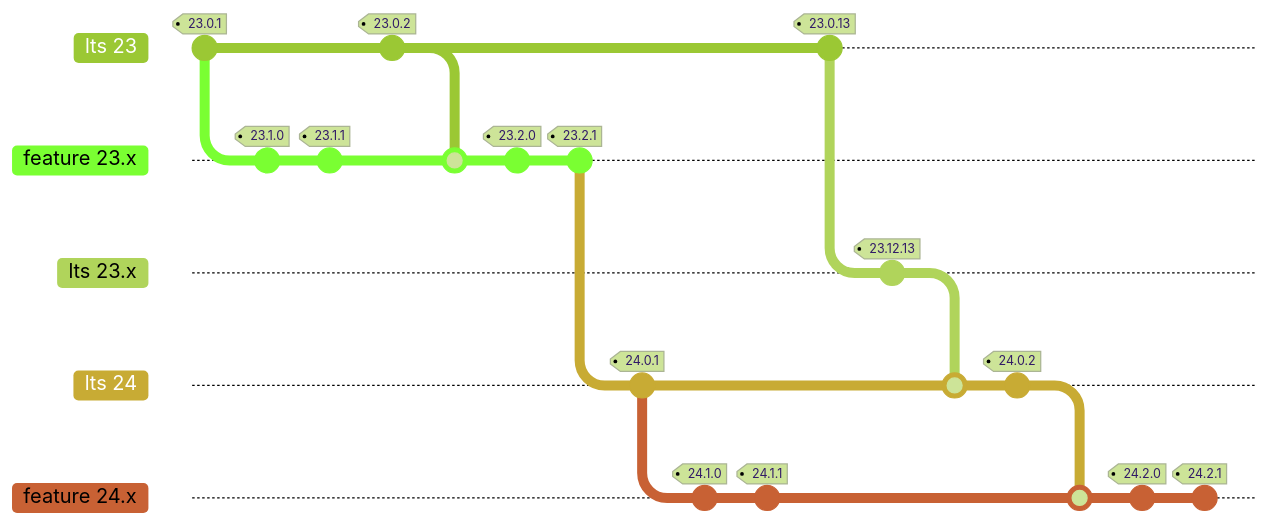
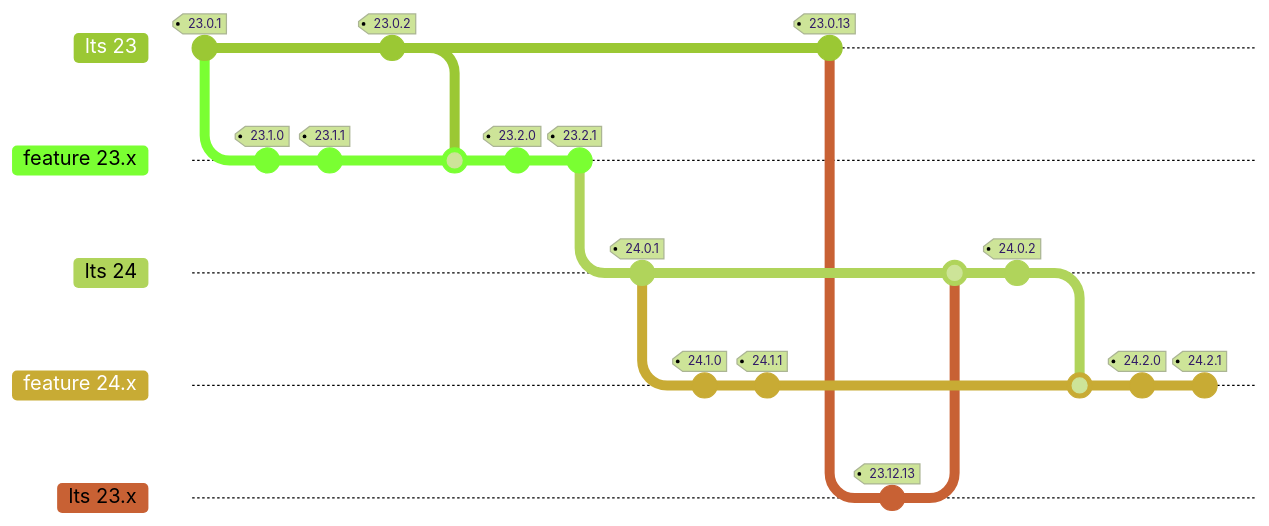
The diagram in docs/version-history/introduction-version-history.rst (htcondor/htcondor), drawn with Mermaid (forest theme) before and after one commit. Commit ids are hidden.

Commit message:
HTCONDOR-3328: Drop order clauses

```diff
--- a/docs/version-history/introduction-version-history.rst
+++ b/docs/version-history/introduction-version-history.rst
@@ -86,30 +86,30 @@
 .. mermaid::
 
    %%{init: { 'gitGraph': {'showCommitLabel': false, 'mainBranchName': 'lts 23'}} }%%
    gitGraph LR:
     commit tag:"23.0.1"
-    branch "feature 23.x" order:2
+    branch "feature 23.x"
     commit tag:"23.1.0"
     commit tag:"23.1.1"
     checkout "lts 23"
     commit tag:"23.0.2"
     checkout "feature 23.x"
     merge "lts 23"
     commit tag:"23.2.0"
     commit tag:"23.2.1"
-    branch "lts 24" order:4
+    branch "lts 24"
     commit tag:"24.0.1"
-    branch "feature 24.x" order:5
+    branch "feature 24.x"
     commit tag:"24.1.0"
     commit tag:"24.1.1"
     checkout "lts 23"
     commit tag:"23.0.13"
-    branch "lts 23.x" order:3
+    branch "lts 23.x"
     commit tag:"23.12.13"
     checkout "lts 24"
     merge "lts 23.x"
     commit tag:"24.0.2"
     checkout "feature 24.x"
     merge "lts 24"
     commit tag:"24.2.0"
     commit tag:"24.2.1"
```
